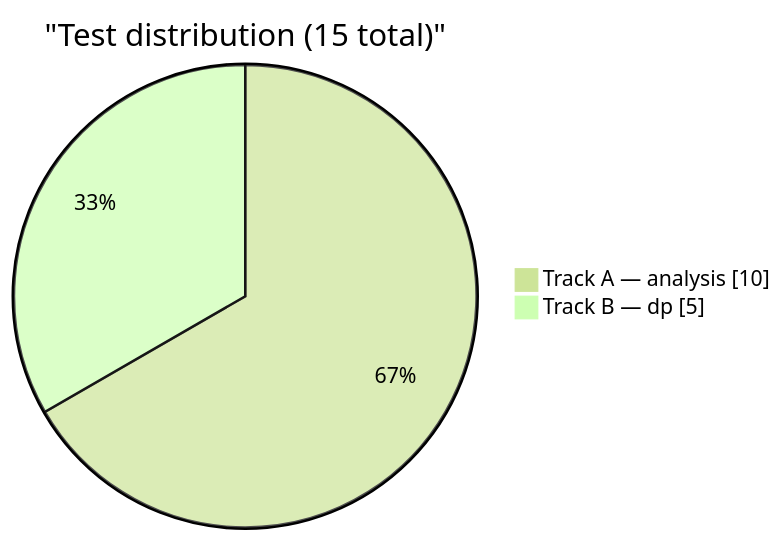
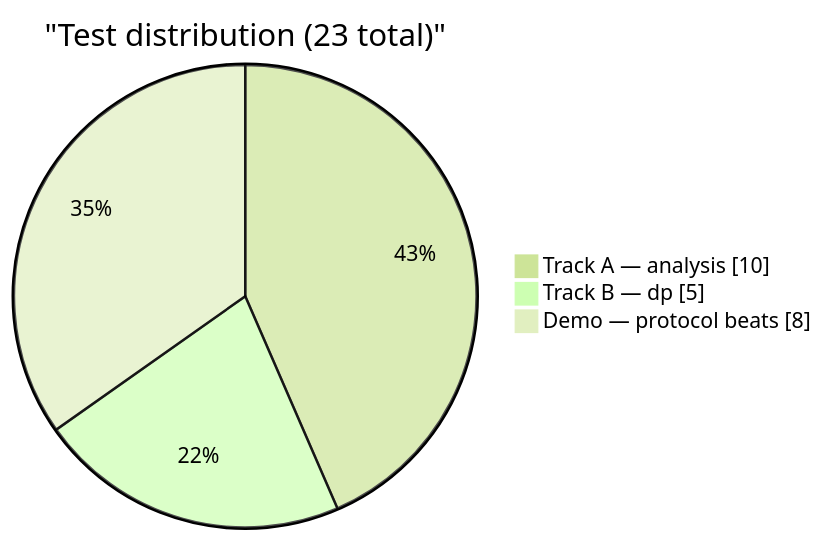
Before and after one commit to tanaymitra54/zKML: diagram 11 of 13 in README.md, drawn with Mermaid (forest theme). The commit also changed other lines of this file and 20 other files, not shown here.

````diff
--- a/README.md
+++ b/README.md
@@ -501,6 +525,7 @@
 ```mermaid
 pie showData
-    title "Test distribution (15 total)"
+    title "Test distribution (23 total)"
     "Track A — analysis" : 10
     "Track B — dp" : 5
+    "Demo — protocol beats" : 8
 ```
````
